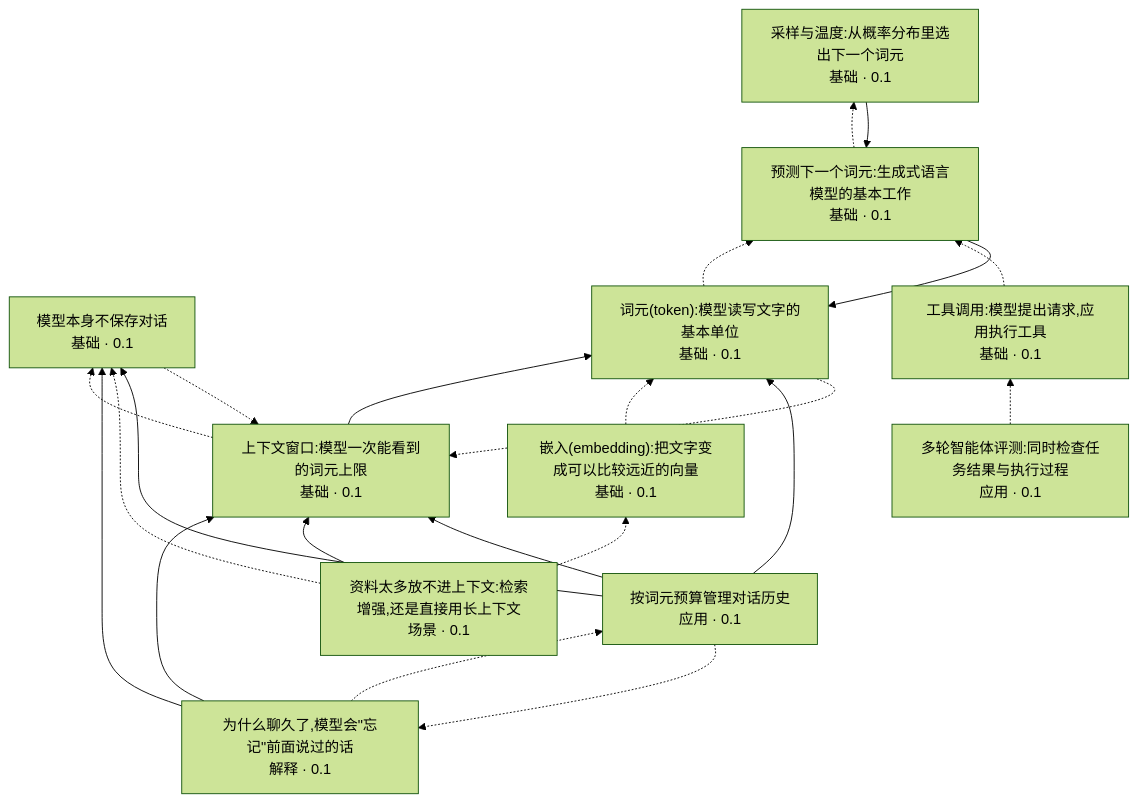
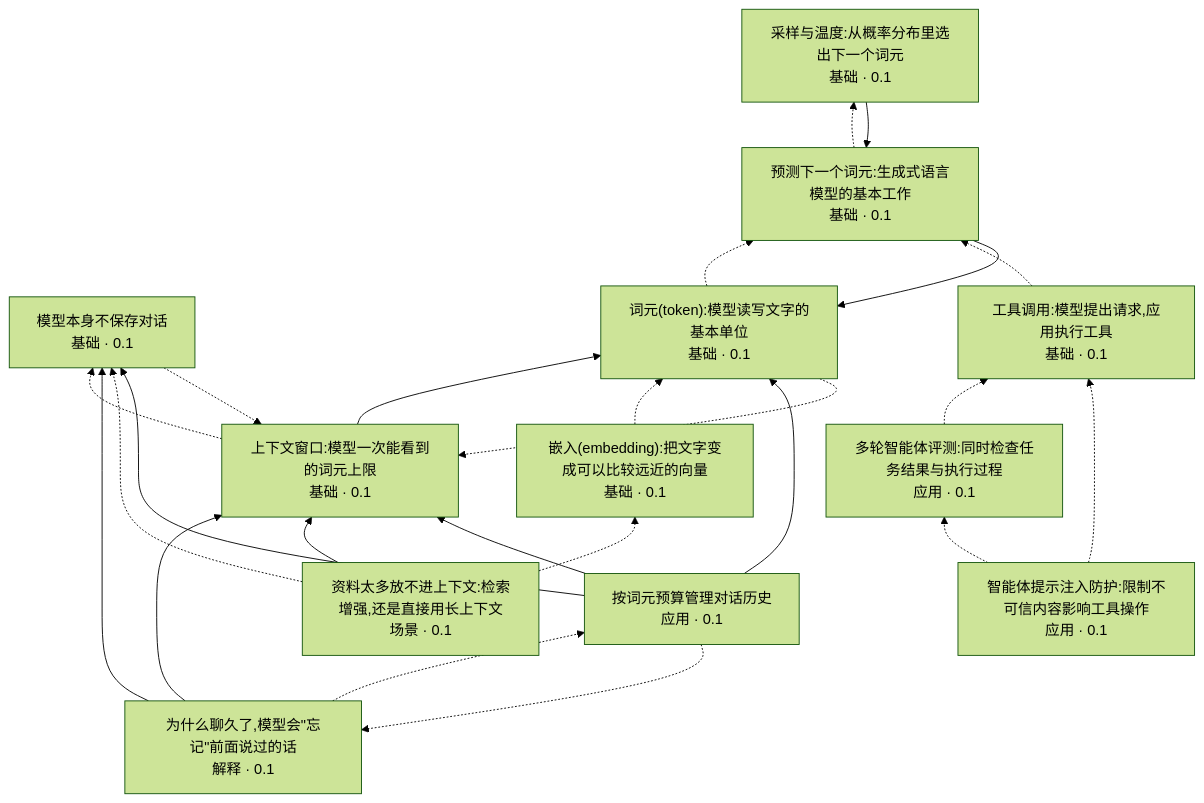
One commit to liuppx/blockchain changed the diagram in docs/pilot/llm/GRAPH.md. Above: the diagram before and after it, drawn with Mermaid (forest theme). The commit also changed other lines of this file and 1 other file, not shown here.

Commit message:
docs(pilot): 智能体提示注入防护 —— 限制不可信内容影响工具操作
智能体读网页、邮件、文件、工具返回的内容时,那些内容可能带着想改变
智能体行为的恶意指令。**应用不能只靠在系统提示里写"忽略攻击"**——
要把外部内容当不可信数据,限制它能影响的决策与数据流,并在工具和执行环境
上落实权限控制、输入校验与高影响操作确认。

六层做法:外部文本当数据传(不拼进高优先级消息)、模型输出走严格 schema
再校验、为每个工具配最小权限、执行前策略层检查是否合用户意图、
不可逆/高影响操作要用户确认(确认信息来自实际待执行操作,不是模型的
自然语言摘要)、沙箱与隔离凭据并留可追溯日志。

明确说了分层控制只能**降低**风险,不能证明注入已被彻底解决。

三条引用都独立核查过:
- Anthropic《Mitigating the risk of prompt injections in browser use》
  (2025-11-24)——标题与日期逐字对上
- OpenAI《Safety in building agents》——页面里的四个小节(structured outputs
  constrain data flow / guardrails for user inputs / keep tool approvals on /
  trace graders and evals)与正文讲的一致
- NIST AI 100-2 E2025《Adversarial Machine Learning: A Taxonomy and Terminology
  of Attacks and Mitigations》——CSRC 页面标题对上,发布日 2025-03-24

示例跑过:越权记录在授权校验处被拒绝(blocked),授权记录可正常读取。

````diff
--- a/docs/pilot/llm/GRAPH.md
+++ b/docs/pilot/llm/GRAPH.md
@@ -11,35 +11,38 @@
 ```mermaid
 graph BT
     u0["上下文窗口:模型一次能看到的词元上限<br/>基础 · 0.1"]
     u1["嵌入(embedding):把文字变成可以比较远近的向量<br/>基础 · 0.1"]
     u2["预测下一个词元:生成式语言模型的基本工作<br/>基础 · 0.1"]
     u3["采样与温度:从概率分布里选出下一个词元<br/>基础 · 0.1"]
     u4["模型本身不保存对话<br/>基础 · 0.1"]
     u5["词元(token):模型读写文字的基本单位<br/>基础 · 0.1"]
     u6["工具调用:模型提出请求,应用执行工具<br/>基础 · 0.1"]
     u7["为什么聊久了,模型会&quot;忘记&quot;前面说过的话<br/>解释 · 0.1"]
     u8["资料太多放不进上下文:检索增强,还是直接用长上下文<br/>场景 · 0.1"]
     u9["多轮智能体评测:同时检查任务结果与执行过程<br/>应用 · 0.1"]
-    u10["按词元预算管理对话历史<br/>应用 · 0.1"]
+    u10["智能体提示注入防护:限制不可信内容影响工具操作<br/>应用 · 0.1"]
+    u11["按词元预算管理对话历史<br/>应用 · 0.1"]
     u0 --> u5
     u0 -.-> u4
     u1 -.-> u5
     u2 --> u5
     u2 -.-> u3
     u3 --> u2
     u4 -.-> u0
     u5 -.-> u0
     u5 -.-> u2
     u6 -.-> u2
     u7 --> u4
     u7 --> u0
-    u7 -.-> u10
+    u7 -.-> u11
     u8 --> u0
     u8 -.-> u1
     u8 -.-> u4
     u9 -.-> u6
-    u10 --> u4
-    u10 --> u0
-    u10 --> u5
-    u10 -.-> u7
+    u10 -.-> u6
+    u10 -.-> u9
+    u11 --> u4
+    u11 --> u0
+    u11 --> u5
+    u11 -.-> u7
 ```
````
